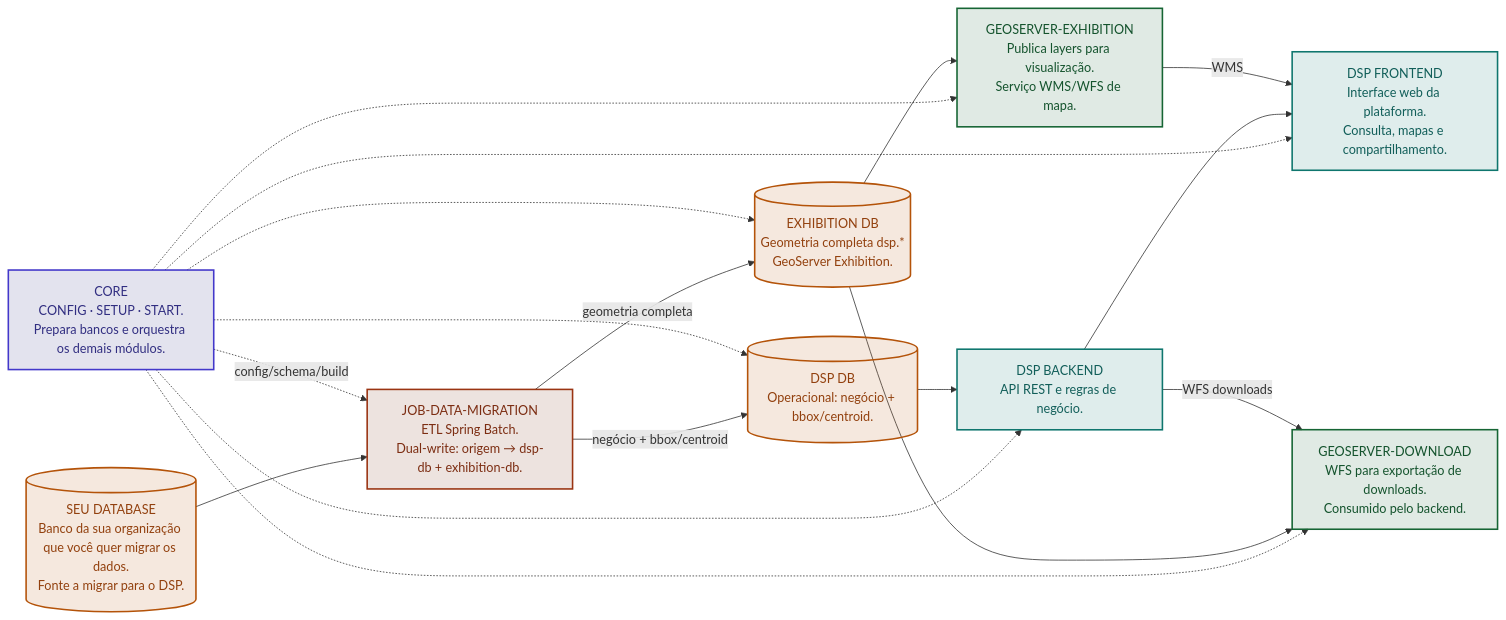
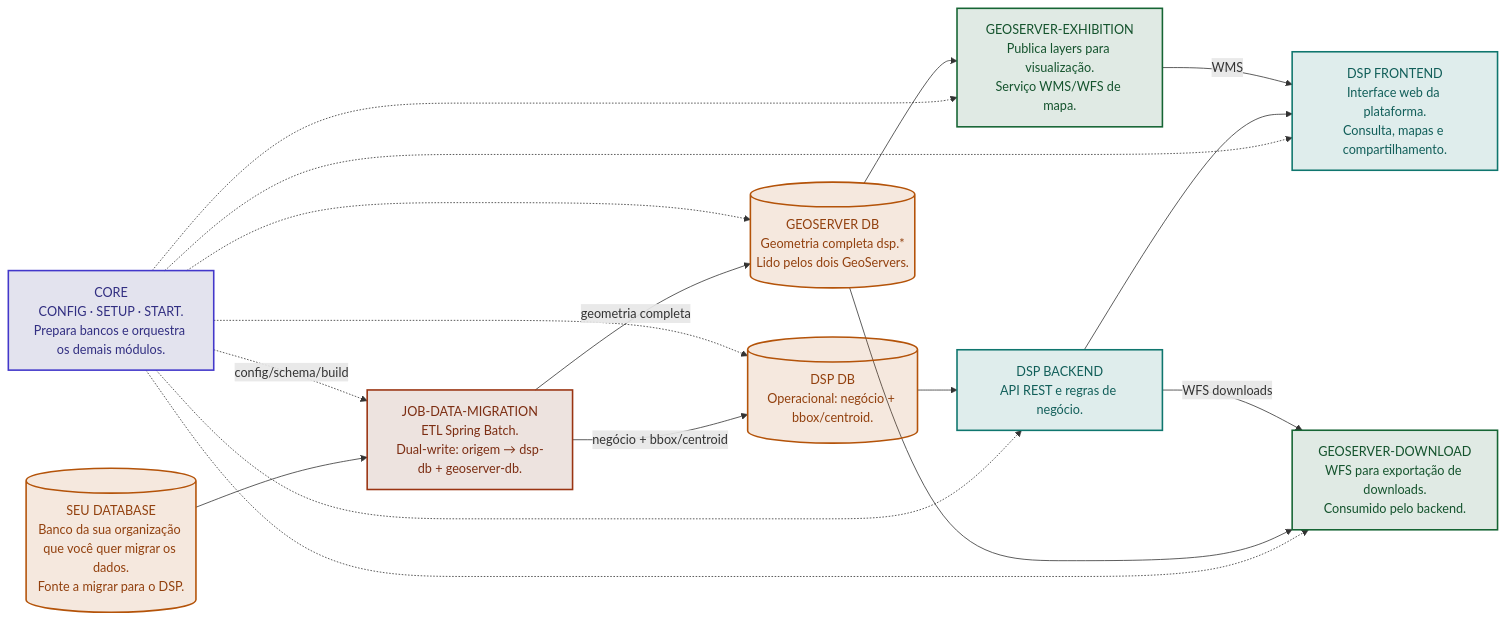
The diagram in docs/index.md (kleber-albino/rer-dsp-docs), drawn with Mermaid before and after one commit. The commit also changed 14 other files, not shown here.

First line of the commit message:
docs: rename ` geoserver-exhibition-db` references to `geoserver-db` across documentation

````diff
--- a/docs/index.md
+++ b/docs/index.md
@@ -18,46 +18,46 @@
 ```mermaid
 flowchart LR
   srcDb[("SEU DATABASE<br/>Banco da sua organização que você quer migrar os dados.<br/>Fonte a migrar para o DSP.")]
-  jobMig["JOB-DATA-MIGRATION<br/>ETL Spring Batch.<br/>Dual-write: origem → dsp-db + exhibition-db."]
+  jobMig["JOB-DATA-MIGRATION<br/>ETL Spring Batch.<br/>Dual-write: origem → dsp-db + geoserver-db."]
   core["CORE<br/>CONFIG · SETUP · START.<br/>Prepara bancos e orquestra os demais módulos."]
 
   dspDb[("DSP DB<br/>Operacional: negócio + bbox/centroid.")]
-  gsDb[("EXHIBITION DB<br/>Geometria completa dsp.*<br/>GeoServer Exhibition.")]
+  gsDb[("GEOSERVER DB<br/>Geometria completa dsp.*<br/>Lido pelos dois GeoServers.")]
 
   be["DSP BACKEND<br/>API REST e regras de negócio."]
   fe["DSP FRONTEND<br/>Interface web da plataforma.<br/>Consulta, mapas e compartilhamento."]
 
   gsEx["GEOSERVER-EXHIBITION<br/>Publica layers para visualização.<br/>Serviço WMS/WFS de mapa."]
   gsDl["GEOSERVER-DOWNLOAD<br/>WFS para exportação de downloads.<br/>Consumido pelo backend."]
 
   srcDb --> jobMig
   jobMig -->|"negócio + bbox/centroid"| dspDb
   jobMig -->|"geometria completa"| gsDb
   core -.config/schema/build.-> jobMig
   core -.-> dspDb
   core -.-> gsDb
   core -.-> be
   core -.-> fe
   core -.-> gsEx
   core -.-> gsDl
 
   dspDb --> be
   gsDb --> gsEx
   gsDb --> gsDl
 
   be --> fe
   be -->|WFS downloads| gsDl
   gsEx -->|WMS| fe
 
   classDef app fill:#0f766e22,color:#115e59,stroke:#0f766e,stroke-width:2px
   classDef geoCls fill:#16653422,color:#14532d,stroke:#166534,stroke-width:2px
   classDef db fill:#b4530922,color:#92400e,stroke:#b45309,stroke-width:2px
   classDef job fill:#7c2d1222,color:#7c2d12,stroke:#9a3412,stroke-width:2px
   classDef coreCls fill:#312e8122,color:#312e81,stroke:#4338ca,stroke-width:2px
 
   class fe,be app
   class gsEx,gsDl geoCls
   class dspDb,gsDb,srcDb db
   class jobMig job
   class core coreCls
 ```
````
